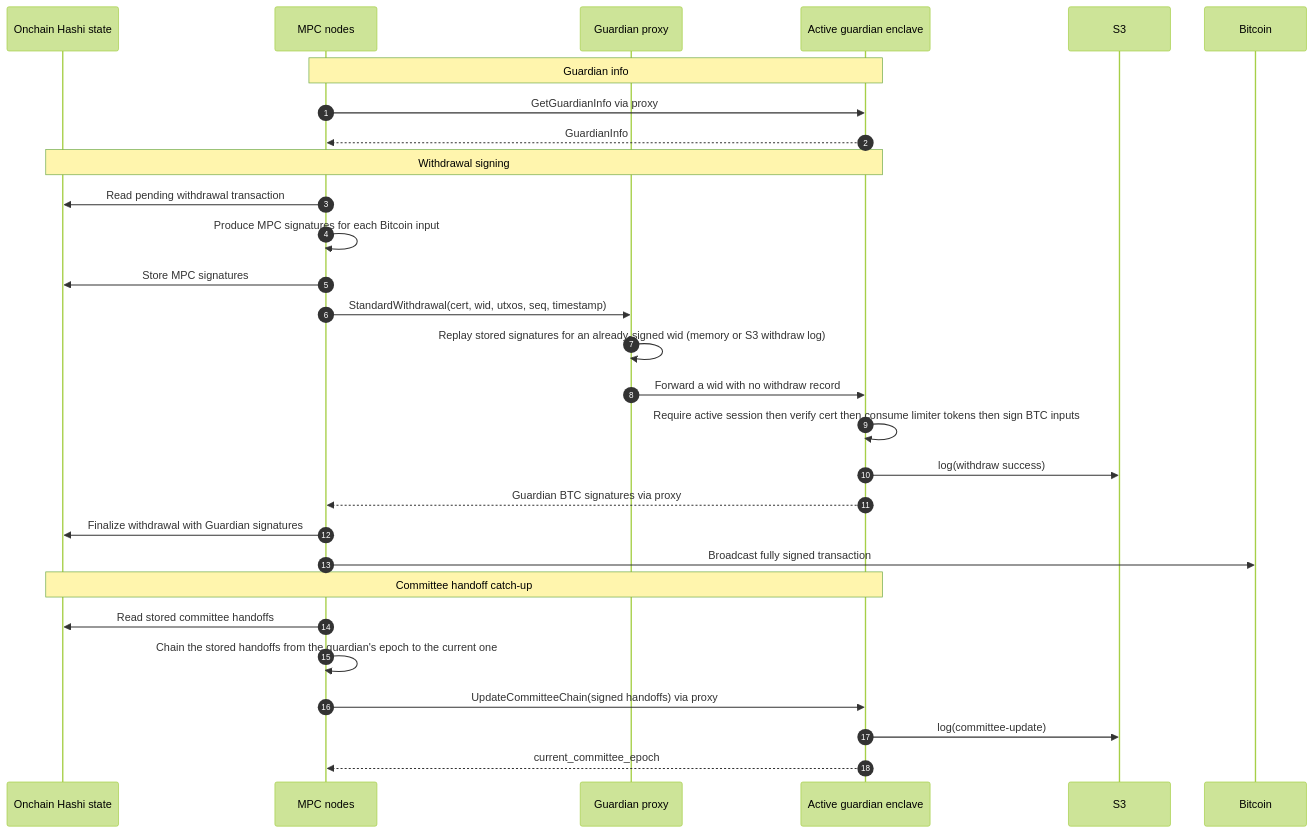
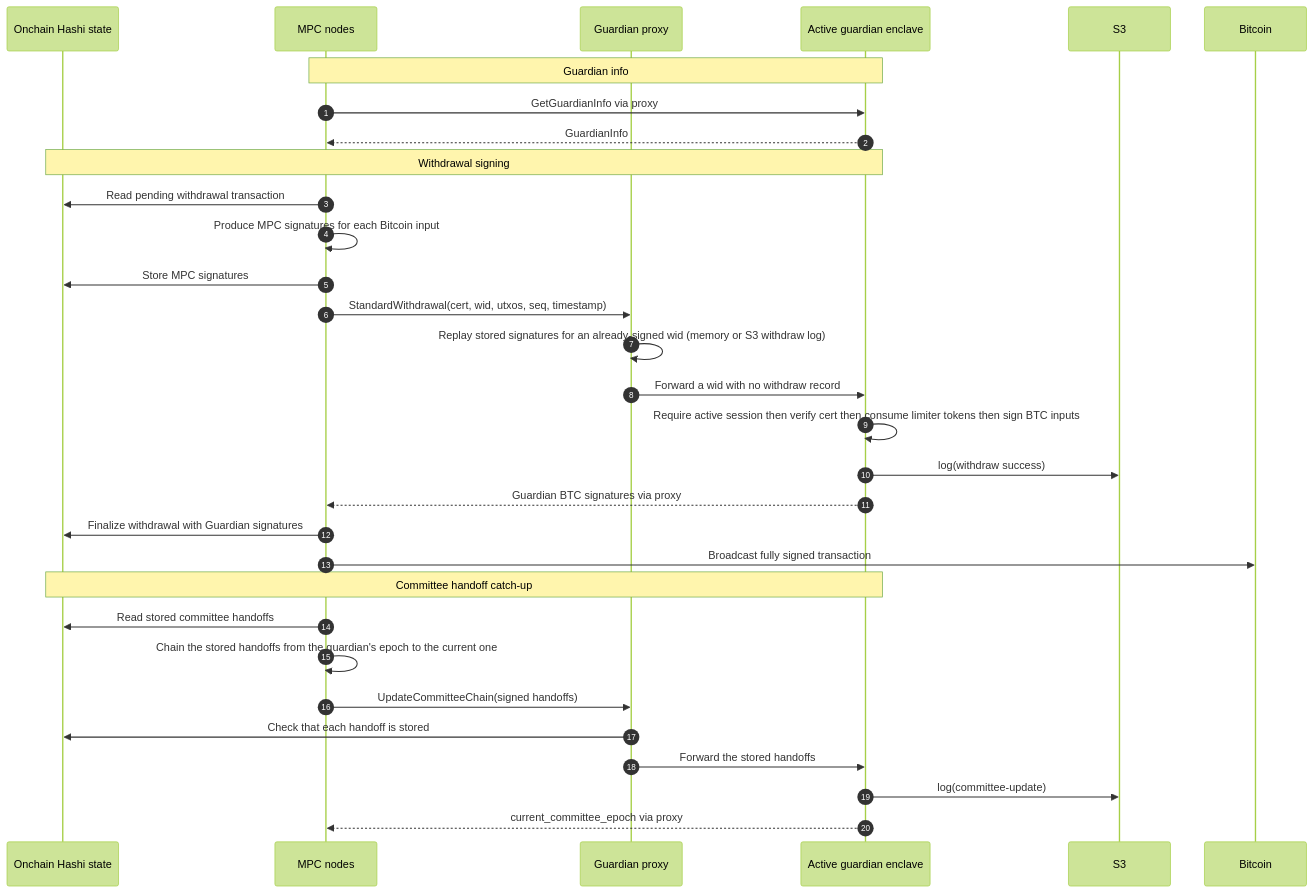
The fourth of 4 diagrams in design/docs/guardian.mdx (MystenLabs/hashi), drawn with Mermaid (forest theme) before and after one commit. The commit also changed other lines of this file and 9 other files, not shown here.

First line of the commit message:
[guardian-proxy] Forward only committee handoffs the chain stores (#1365)

````diff
--- a/design/docs/guardian.mdx
+++ b/design/docs/guardian.mdx
@@ -253,35 +257,37 @@
 ```mermaid
 sequenceDiagram
     autonumber
 
     participant Onchain as Onchain Hashi state
     participant MPC as MPC nodes
     participant Proxy as Guardian proxy
     participant Guardian as Active guardian enclave
     participant S3
     participant Bitcoin
 
     Note over MPC,Guardian: Guardian info
     MPC->>Guardian: GetGuardianInfo via proxy
     Guardian-->>MPC: GuardianInfo
 
     Note over Onchain,Guardian: Withdrawal signing
     MPC->>Onchain: Read pending withdrawal transaction
     MPC->>MPC: Produce MPC signatures for each Bitcoin input
     MPC->>Onchain: Store MPC signatures
     MPC->>Proxy: StandardWithdrawal(cert, wid, utxos, seq, timestamp)
     Proxy->>Proxy: Replay stored signatures for an already-signed wid (memory or S3 withdraw log)
     Proxy->>Guardian: Forward a wid with no withdraw record
     Guardian->>Guardian: Require active session then verify cert then consume limiter tokens then sign BTC inputs
     Guardian->>S3: log(withdraw success)
     Guardian-->>MPC: Guardian BTC signatures via proxy
     MPC->>Onchain: Finalize withdrawal with Guardian signatures
     MPC->>Bitcoin: Broadcast fully signed transaction
 
     Note over Onchain,Guardian: Committee handoff catch-up
     MPC->>Onchain: Read stored committee handoffs
     MPC->>MPC: Chain the stored handoffs from the guardian's epoch to the current one
-    MPC->>Guardian: UpdateCommitteeChain(signed handoffs) via proxy
+    MPC->>Proxy: UpdateCommitteeChain(signed handoffs)
+    Proxy->>Onchain: Check that each handoff is stored
+    Proxy->>Guardian: Forward the stored handoffs
     Guardian->>S3: log(committee-update)
-    Guardian-->>MPC: current_committee_epoch
+    Guardian-->>MPC: current_committee_epoch via proxy
 ```
````
